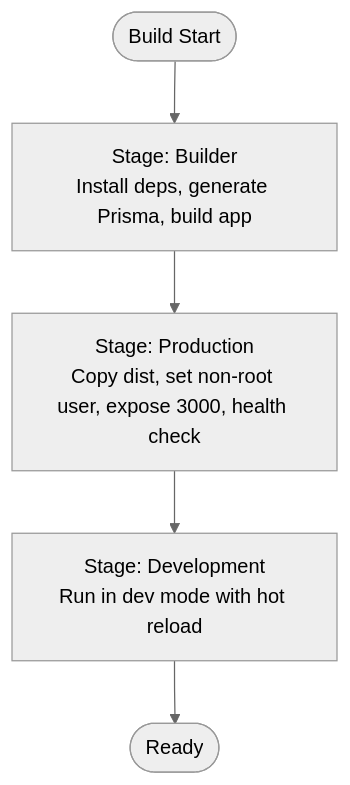
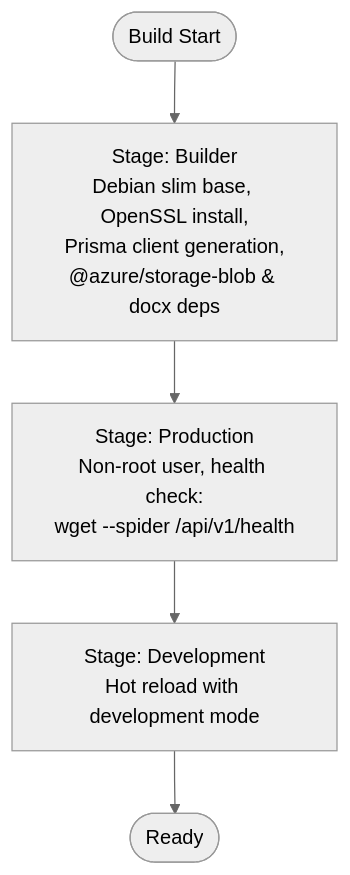
One commit to Avi-Bendetsky/Quiz-to-build changed the third of 11 diagrams in .qoder/repowiki/en/content/Deployment and Infrastructure/Deployment and Infrastructure.md. Above: the diagram before and after it, drawn with Mermaid (neutral theme). The commit also changed other lines of this file and 41 other files, not shown here.

````diff
--- a/.qoder/repowiki/en/content/Deployment and Infrastructure/Deployment and Infrastructure.md
+++ b/.qoder/repowiki/en/content/Deployment and Infrastructure/Deployment and Infrastructure.md
@@ -192,7 +393,7 @@
 ```mermaid
 flowchart TD
-Start(["Build Start"]) --> StageBuilder["Stage: Builder<br/>Install deps, generate Prisma, build app"]
-StageBuilder --> StageProd["Stage: Production<br/>Copy dist, set non-root user, expose 3000, health check"]
-StageProd --> StageDev["Stage: Development<br/>Run in dev mode with hot reload"]
+Start(["Build Start"]) --> StageBuilder["Stage: Builder<br/>Debian slim base, OpenSSL install,<br/>Prisma client generation,<br/>@azure/storage-blob & docx deps"]
+StageBuilder --> StageProd["Stage: Production<br/>Non-root user, health check:<br/>wget --spider /api/v1/health"]
+StageProd --> StageDev["Stage: Development<br/>Hot reload with development mode"]
 StageDev --> End(["Ready"])
 ```
````
